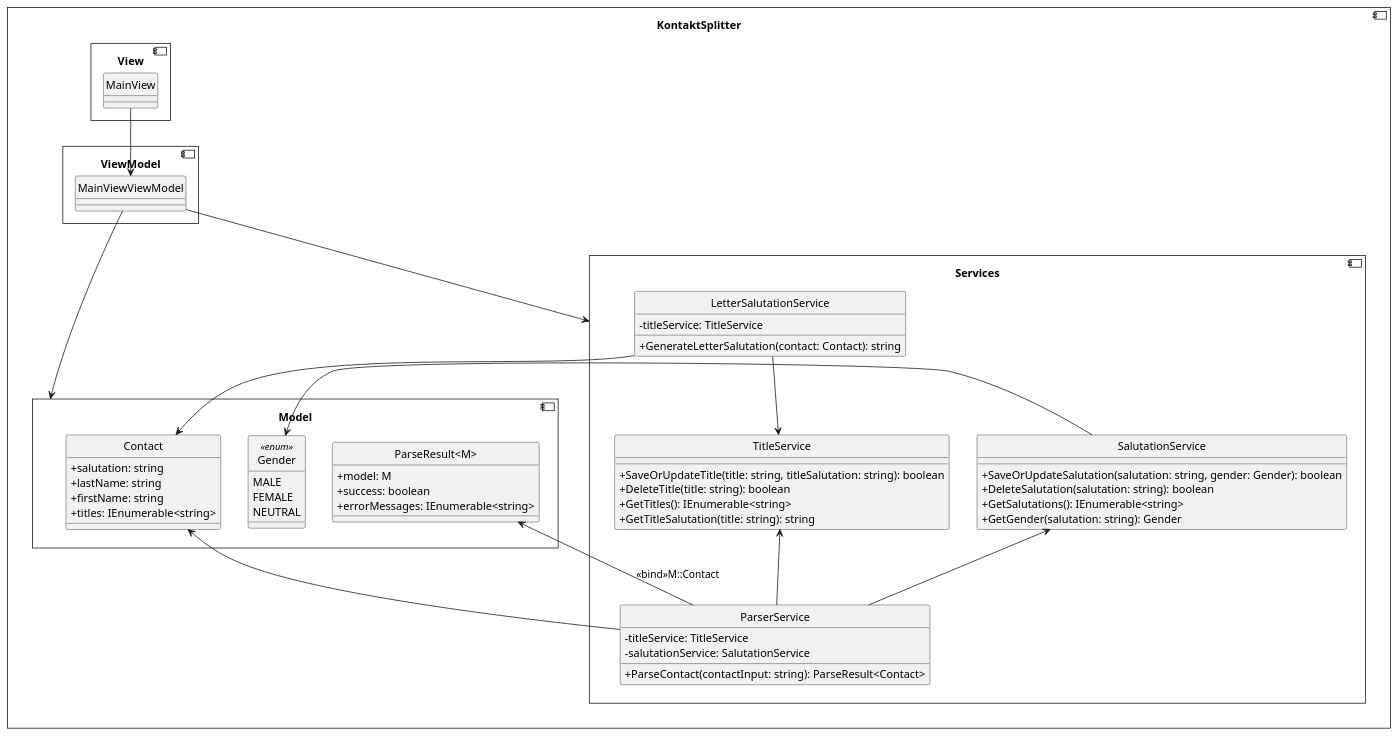
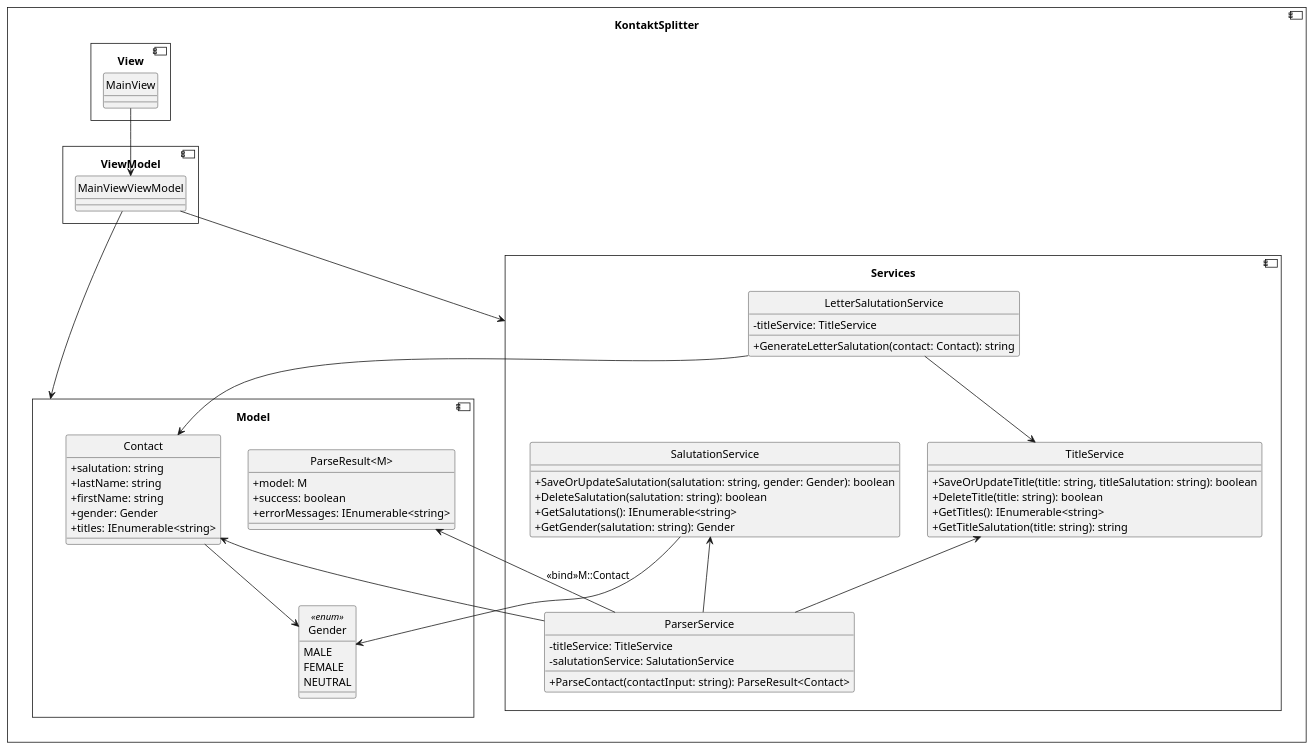
One commit to etienneZink/Baka.SoftwareQuality changed the diagram in doc/Architektur_Fein.pu. Above: the diagram before and after it, drawn with PlantUML.

Commit message:
geändert:       doc/Architektur_Fein.pu

```diff
--- a/doc/Architektur_Fein.pu
+++ b/doc/Architektur_Fein.pu
@@ -1,90 +1,93 @@
 @startuml Architektur_Grob
 skinparam Style strictuml
 skinparam genericDisplay old
 skinparam classAttributeIconSize 0
 skinparam monochrome true
 
 component KontaktSplitter{
 
     component View{
         class MainView
     }
 
     component ViewModel{
         class MainViewViewModel{
             'ToDo Bindings
         }
     }
 
     component Model{
         class Contact{
             +salutation: string
             +lastName: string
             +firstName: string
+            +gender: Gender
             +titles: IEnumerable<string>
         }
 
         class ParseResult<M>{
             +model: M
             +success: boolean
             +errorMessages: IEnumerable<string>
         }
 
         enum Gender<<enum>>{
             MALE
             FEMALE
             NEUTRAL
         }
     }
 
     component Services{
         class TitleService{
             +SaveOrUpdateTitle(title: string, titleSalutation: string): boolean
             +DeleteTitle(title: string): boolean
             +GetTitles(): IEnumerable<string>
             +GetTitleSalutation(title: string): string
         }
 
         class SalutationService{
             +SaveOrUpdateSalutation(salutation: string, gender: Gender): boolean
             +DeleteSalutation(salutation: string): boolean
             +GetSalutations(): IEnumerable<string>
             +GetGender(salutation: string): Gender
         }
 
         class ParserService{
             -titleService: TitleService
             -salutationService: SalutationService
             +ParseContact(contactInput: string): ParseResult<Contact>
         }
         
         class LetterSalutationService{
             -titleService: TitleService
             +GenerateLetterSalutation(contact: Contact): string
         }
     }
 }
 
 
 
 MainView --> MainViewViewModel
 
 'MainViewViewModel --> ParserService
 'MainViewViewModel --> LetterSalutationService
 'MainViewViewModel --> Contact
 'MainViewViewModel --> TitleService
 'MainViewViewModel --> SalutationService
 MainViewViewModel --> Model
 MainViewViewModel --> Services
 
 LetterSalutationService --> TitleService
 LetterSalutationService --> Contact
 
 TitleService <-- ParserService
 SalutationService <-- ParserService
 Contact <-- ParserService
 ParseResult <-- ParserService:<<bind>>M::Contact
 
 SalutationService --> Gender
 
+Contact --> Gender
+
 @enduml
```
